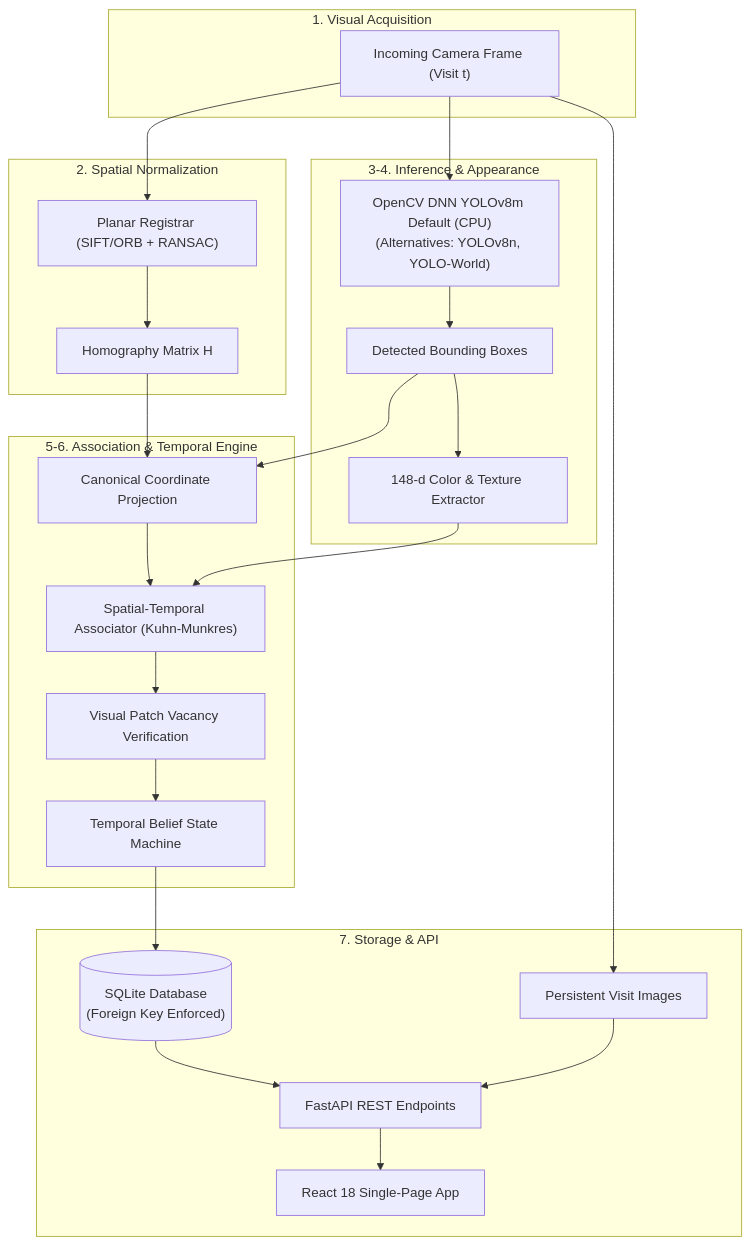
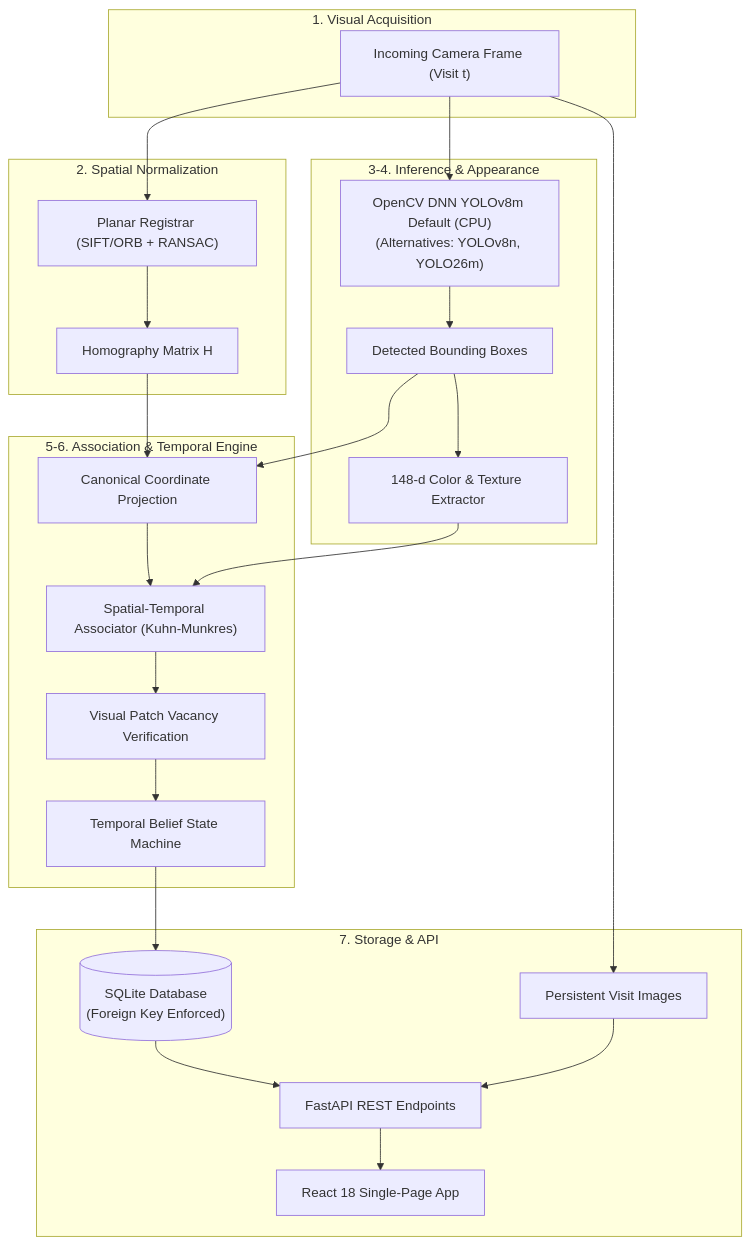
Before and after one commit to Rish244-afk/ObjectMemory: the diagram in README.md, drawn with Mermaid. The commit also changed other lines of this file and 8 other files, not shown here.

````diff
--- a/README.md
+++ b/README.md
@@ -34,47 +34,47 @@
 ```mermaid
 flowchart TD
     subgraph Capture["1. Visual Acquisition"]
         IMG["Incoming Camera Frame (Visit t)"]
     end
 
     subgraph Geometry["2. Spatial Normalization"]
         REG["Planar Registrar (SIFT/ORB + RANSAC)"]
         H_MAT["Homography Matrix H"]
         REG --> H_MAT
     end
 
     subgraph Detection["3-4. Inference & Appearance"]
-        DNN["OpenCV DNN YOLOv8m Default (CPU)\n(Alternatives: YOLOv8n, YOLO-World)"]
+        DNN["OpenCV DNN YOLOv8m Default (CPU)\n(Alternatives: YOLOv8n, YOLO26m)"]
         DETS["Detected Bounding Boxes"]
         SIG["148-d Color & Texture Extractor"]
         DNN --> DETS
         DETS --> SIG
     end
 
     subgraph CoreEngine["5-6. Association & Temporal Engine"]
         PROJ["Canonical Coordinate Projection"]
         ASSOC["Spatial-Temporal Associator (Kuhn-Munkres)"]
         VAC["Visual Patch Vacancy Verification"]
         STATE["Temporal Belief State Machine"]
 
         H_MAT & DETS --> PROJ
         PROJ & SIG --> ASSOC
         ASSOC --> VAC
         VAC --> STATE
     end
 
     subgraph Persistence["7. Storage & API"]
         DB[("SQLite Database\n(Foreign Key Enforced)")]
         FS["Persistent Visit Images"]
         API["FastAPI REST Endpoints"]
         UI["React 18 Single-Page App"]
 
         STATE --> DB
         IMG --> FS
         DB & FS --> API
         API --> UI
     end
 
     IMG --> REG
     IMG --> DNN
 ```
````
